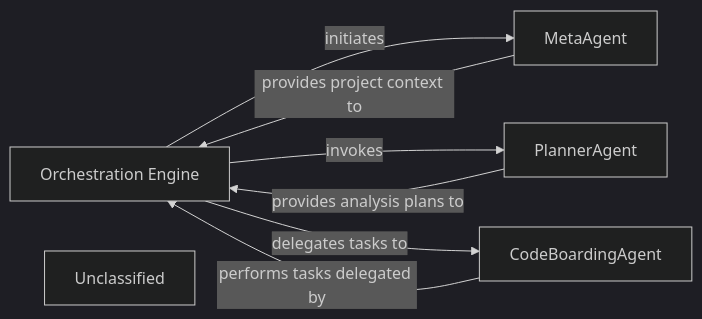
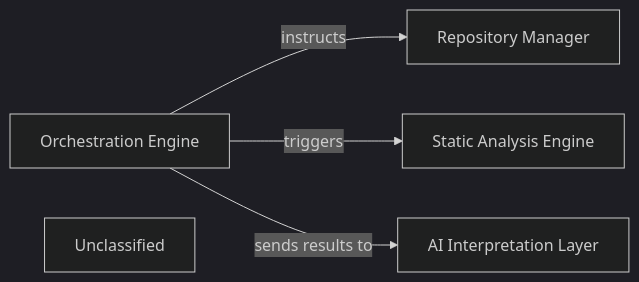
The diagram in .codeboarding/Orchestration_Engine.md (CodeBoarding/CodeBoarding), drawn with Mermaid (dark theme) before and after one commit. The commit also changed other lines of this file and 19 other files, not shown here.

First line of the commit message:
docs: update codeboarding documentation and generate architecture

````diff
--- a/.codeboarding/Orchestration_Engine.md
+++ b/.codeboarding/Orchestration_Engine.md
@@ -1,15 +1,15 @@
 ```mermaid
 graph LR
     Orchestration_Engine["Orchestration Engine"]
-    MetaAgent["MetaAgent"]
-    PlannerAgent["PlannerAgent"]
-    CodeBoardingAgent["CodeBoardingAgent"]
+    Repository_Manager["Repository Manager"]
+    Static_Analysis_Engine["Static Analysis Engine"]
+    AI_Interpretation_Layer["AI Interpretation Layer"]
     Unclassified["Unclassified"]
-    Orchestration_Engine -- "initiates" --> MetaAgent
-    Orchestration_Engine -- "invokes" --> PlannerAgent
-    Orchestration_Engine -- "delegates tasks to" --> CodeBoardingAgent
-    MetaAgent -- "provides project context to" --> Orchestration_Engine
-    PlannerAgent -- "provides analysis plans to" --> Orchestration_Engine
-    CodeBoardingAgent -- "performs tasks delegated by" --> Orchestration_Engine
+    Orchestration_Engine -- "instructs" --> Repository_Manager
+    Orchestration_Engine -- "triggers" --> Static_Analysis_Engine
+    Orchestration_Engine -- "sends results to" --> AI_Interpretation_Layer
     click Orchestration_Engine href "https://github.com/CodeBoarding/CodeBoarding/blob/main/.codeboarding/Orchestration_Engine.md" "Details"
+    click Repository_Manager href "https://github.com/CodeBoarding/CodeBoarding/blob/main/.codeboarding/Repository_Manager.md" "Details"
+    click Static_Analysis_Engine href "https://github.com/CodeBoarding/CodeBoarding/blob/main/.codeboarding/Static_Analysis_Engine.md" "Details"
+    click AI_Interpretation_Layer href "https://github.com/CodeBoarding/CodeBoarding/blob/main/.codeboarding/AI_Interpretation_Layer.md" "Details"
 ```
````
